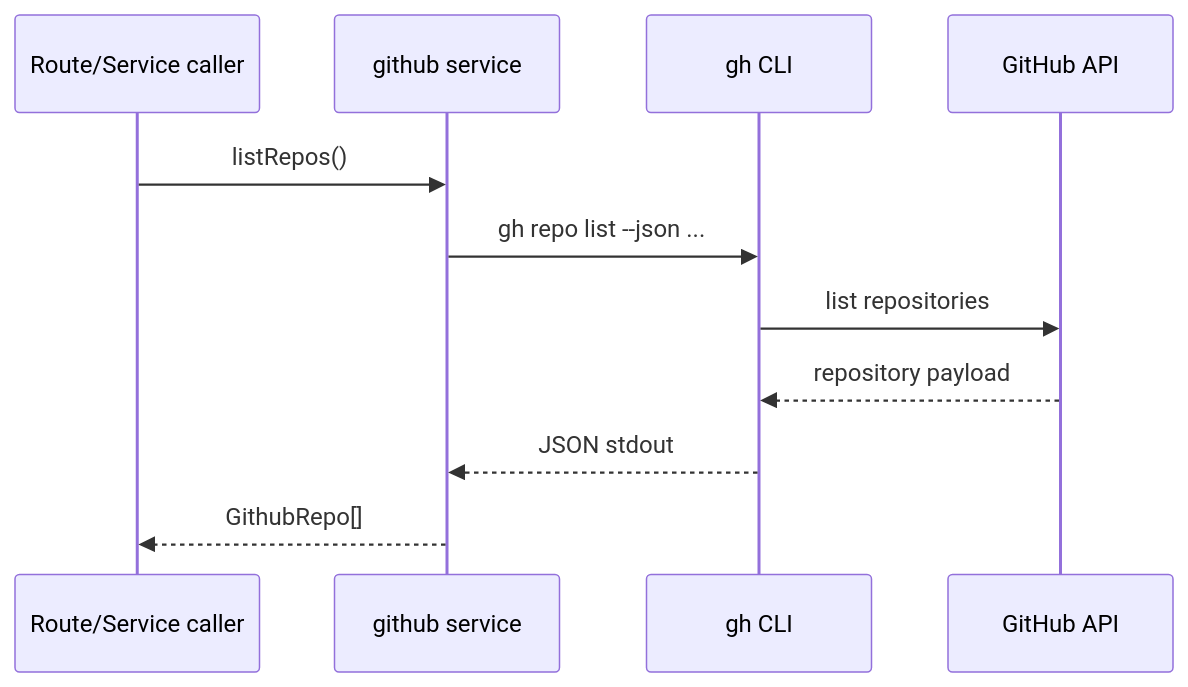
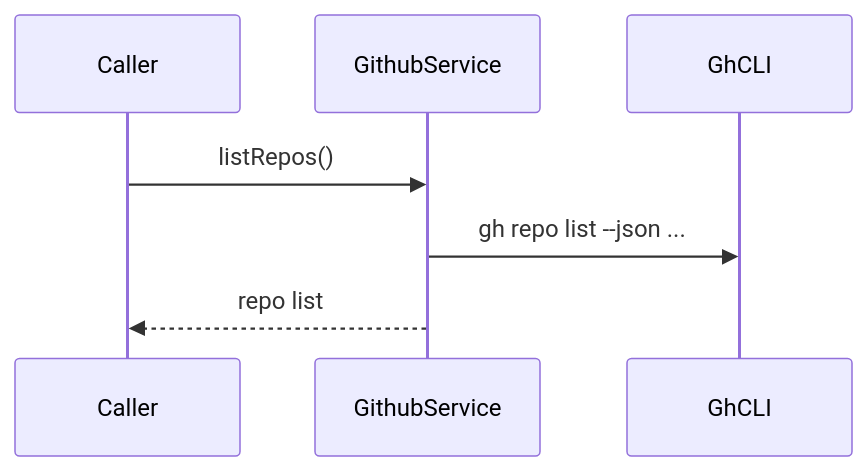
One commit to TurtleStoffel/tektite-console changed the first of 2 diagrams in src/backend/domains/github/README.md. Above: the diagram before and after it, drawn with Mermaid. The commit also changed other lines of this file and 30 other files, not shown here.

Commit message:
split domainApi from service

````diff
--- a/src/backend/domains/github/README.md
+++ b/src/backend/domains/github/README.md
@@ -12,13 +9,9 @@
 ```mermaid
 sequenceDiagram
-    participant Caller as Route/Service caller
-    participant Service as github service
-    participant GH as gh CLI
-    participant API as GitHub API
-    Caller->>Service: listRepos()
-    Service->>GH: gh repo list --json ...
-    GH->>API: list repositories
-    API-->>GH: repository payload
-    GH-->>Service: JSON stdout
-    Service-->>Caller: GithubRepo[]
+    participant Caller
+    participant GithubService
+    participant GhCLI
+    Caller->>GithubService: listRepos()
+    GithubService->>GhCLI: gh repo list --json ...
+    GithubService-->>Caller: repo list
 ```
````
